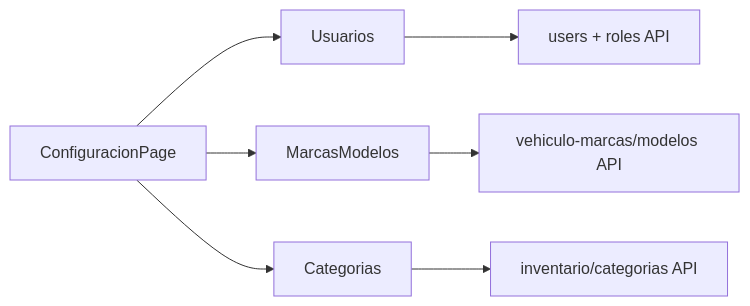
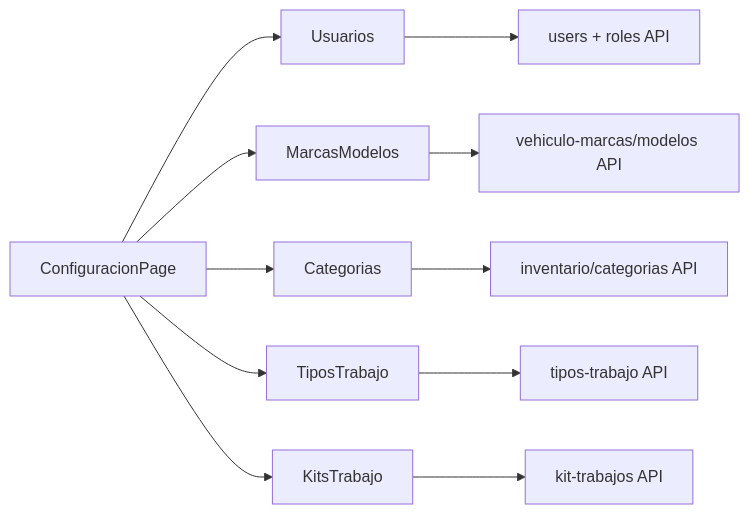
Before and after one commit to L-insfran/GNC-Workshop: the diagram in docs/05-modules/configuracion/README.md, drawn with Mermaid. The commit also changed other lines of this file and 17 other files, not shown here.

Commit message:
docs: sincronizar roadmap y módulos con el estado real del código

````diff
--- a/docs/05-modules/configuracion/README.md
+++ b/docs/05-modules/configuracion/README.md
@@ -24,9 +31,13 @@
 ```mermaid
 flowchart LR
   Hub[ConfiguracionPage] --> Users[Usuarios]
   Hub --> Marcas[MarcasModelos]
   Hub --> Cats[Categorias]
+  Hub --> Tipos[TiposTrabajo]
+  Hub --> Kits[KitsTrabajo]
   Users --> APIUsers[users + roles API]
   Marcas --> APIMarcas[vehiculo-marcas/modelos API]
   Cats --> APICats[inventario/categorias API]
+  Tipos --> APITipos[tipos-trabajo API]
+  Kits --> APIKits[kit-trabajos API]
 ```
````
